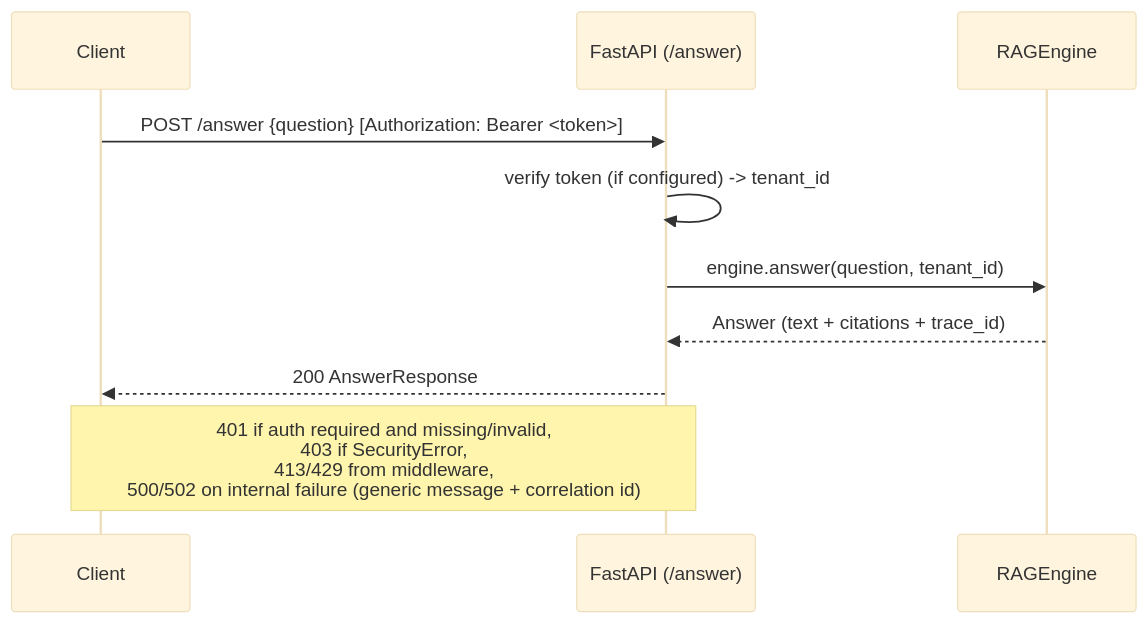
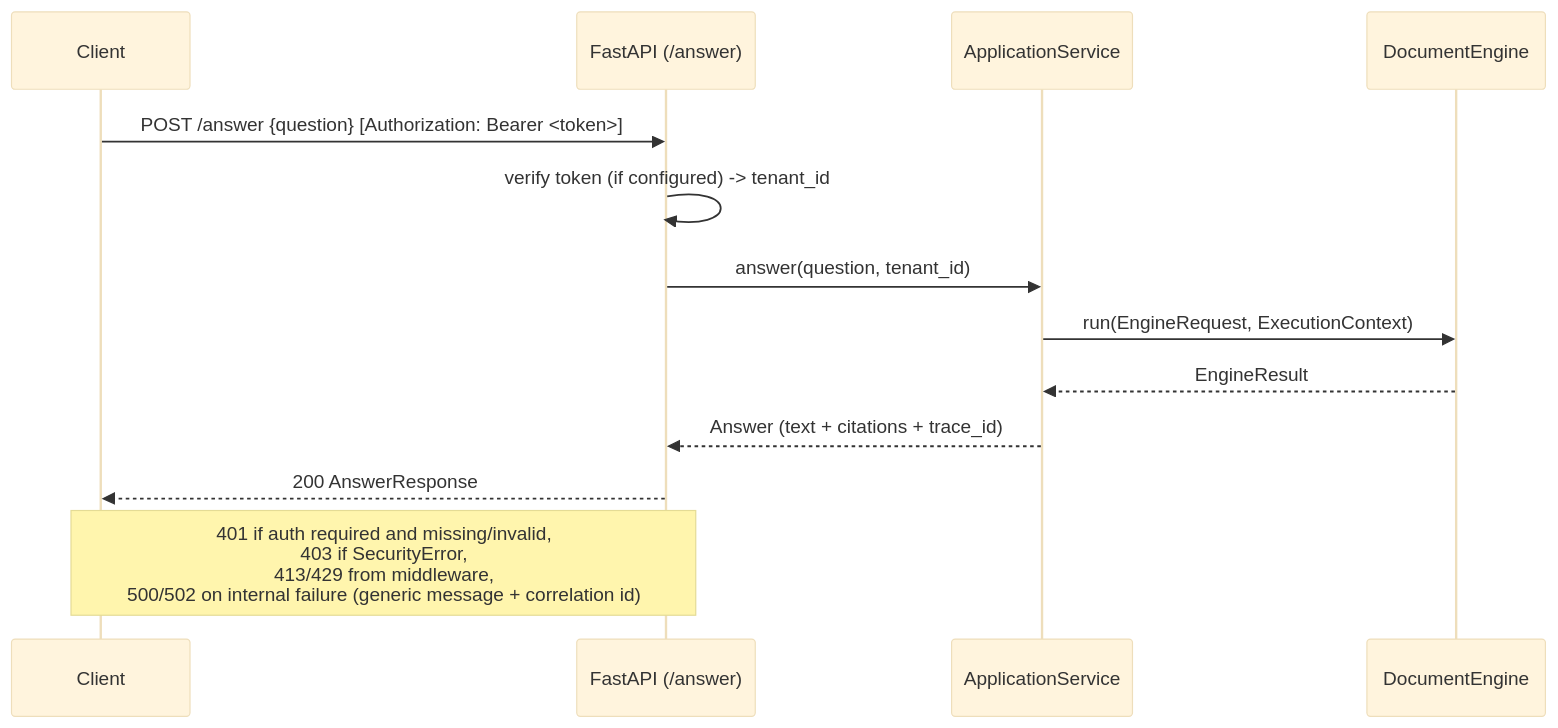
Before and after one commit to HerbertGourout/modular-rag-framework: the diagram in docs/api/rest.md, drawn with Mermaid. The commit also changed other lines of this file and 60 other files, not shown here.

````diff
--- a/docs/api/rest.md
+++ b/docs/api/rest.md
@@ -93,14 +95,17 @@
 ```mermaid
 %%{init: {"theme": "base"}}%%
 sequenceDiagram
     participant C as Client
     participant API as FastAPI (/answer)
-    participant E as RAGEngine
+    participant A as ApplicationService
+    participant E as DocumentEngine
 
     C->>API: POST /answer {question} [Authorization: Bearer <token>]
     API->>API: verify token (if configured) -> tenant_id
-    API->>E: engine.answer(question, tenant_id)
-    E-->>API: Answer (text + citations + trace_id)
+    API->>A: answer(question, tenant_id)
+    A->>E: run(EngineRequest, ExecutionContext)
+    E-->>A: EngineResult
+    A-->>API: Answer (text + citations + trace_id)
     API-->>C: 200 AnswerResponse
     Note over API,C: 401 if auth required and missing/invalid,<br/>403 if SecurityError,<br/>413/429 from middleware,<br/>500/502 on internal failure (generic message + correlation id)
 ```
````
